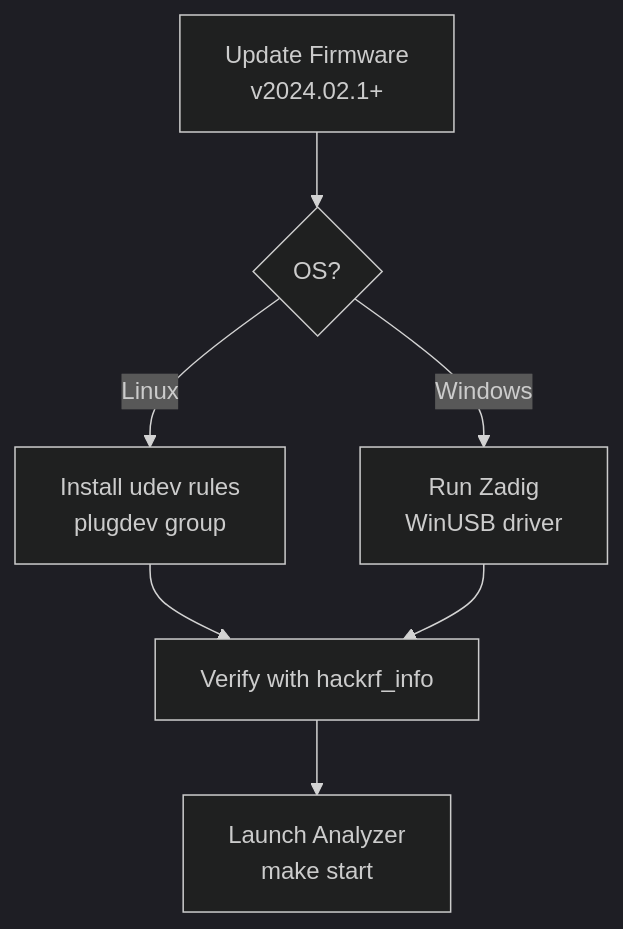
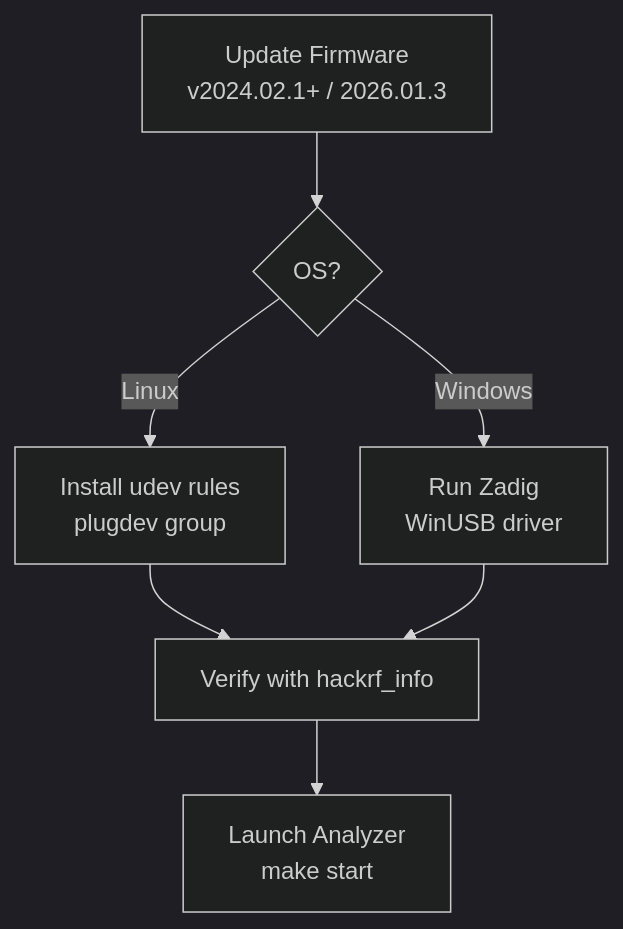
The diagram in docs/hackrf-setup.md (chris-piekarski/hackrf-spectrum-analyzer), drawn with Mermaid (dark theme) before and after one commit. The commit also changed other lines of this file and 16 other files, not shown here.

````diff
--- a/docs/hackrf-setup.md
+++ b/docs/hackrf-setup.md
@@ -3,9 +3,9 @@
 ```mermaid
 flowchart TD
-    A[Update Firmware<br/>v2024.02.1+] --> B{OS?}
+    A[Update Firmware<br/>v2024.02.1+ / 2026.01.3] --> B{OS?}
     B -->|Linux| C[Install udev rules<br/>plugdev group]
     B -->|Windows| D[Run Zadig<br/>WinUSB driver]
     C --> E[Verify with hackrf_info]
     D --> E
     E --> F[Launch Analyzer<br/>make start]
 ```
````
